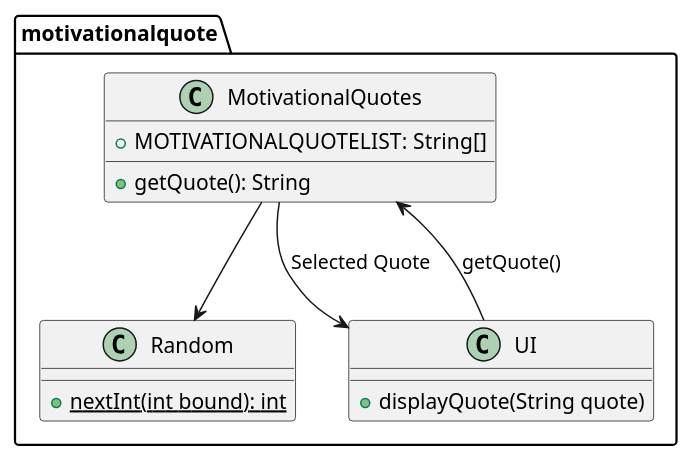
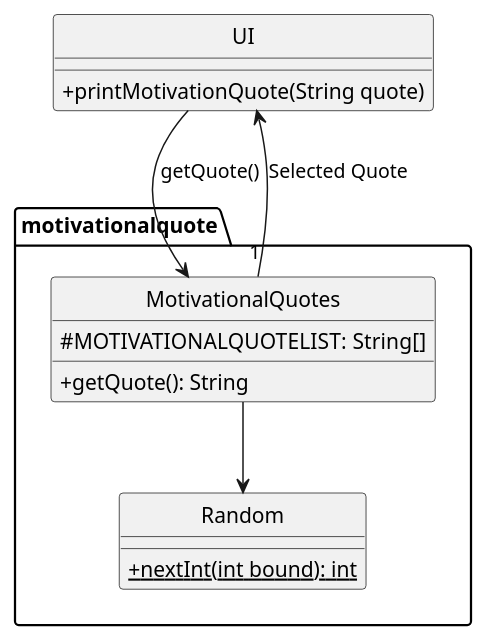
The diagram in docs/diagrams/classdiagram/motivationalquoteCD.puml (nyh3/tp), drawn with PlantUML before and after one commit. The commit also changed 2 other files, not shown here.

```diff
--- a/docs/diagrams/classdiagram/motivationalquoteCD.puml
+++ b/docs/diagrams/classdiagram/motivationalquoteCD.puml
@@ -1,20 +1,32 @@
 @startuml
+'https://plantuml.com/class-diagram
+hide circle
+skinparam classAttributeIconSize 0
+
 package "motivationalquote" {
+
+
+together {
     class MotivationalQuotes {
-        + MOTIVATIONALQUOTELIST: String[]
+        # MOTIVATIONALQUOTELIST: String[]
         + getQuote(): String
     }
+
     class Random {
         {static} + nextInt(int bound): int
     }
+
+    MotivationalQuotes --> Random
+    }
+}
+
     class UI {
-        + displayQuote(String quote)
+        + printMotivationQuote(String quote)
+
     }
 
+    UI --> MotivationalQuotes: getQuote()
+    MotivationalQuotes "1" --> UI: Selected Quote
 
-    MotivationalQuotes --> Random
-    UI --> MotivationalQuotes: getQuote()
-    MotivationalQuotes --> UI: Selected Quote
 
-}
 @enduml
```
